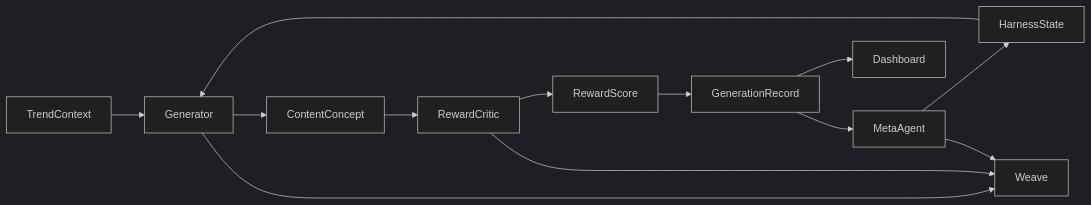
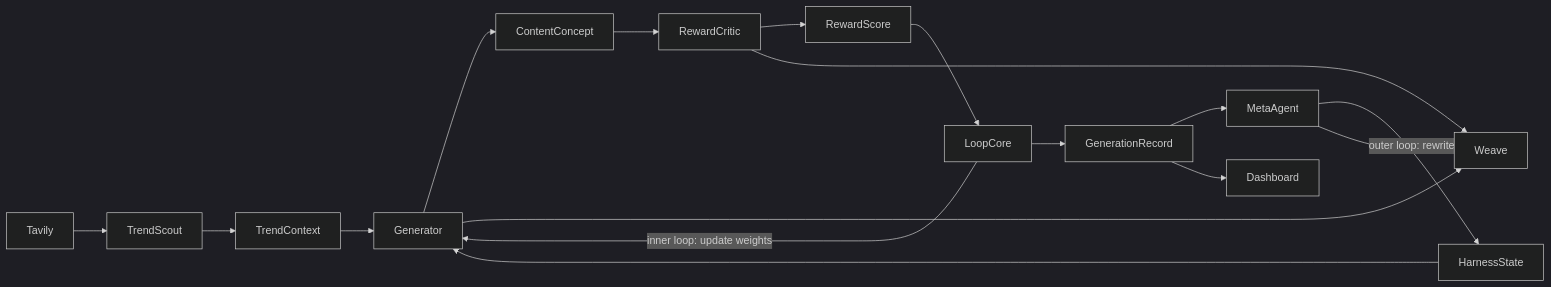
The diagram in docs/ARCHITECTURE.md (zoeyzheng123/harnesswiki-city), drawn with Mermaid (dark theme) before and after one commit. The commit also changed other lines of this file and 21 other files, not shown here.

````diff
--- a/docs/ARCHITECTURE.md
+++ b/docs/ARCHITECTURE.md
@@ -32,15 +33,19 @@
 ```mermaid
 flowchart LR
+  Tavily --> TrendScout
+  TrendScout --> TrendContext
   TrendContext --> Generator
   HarnessState --> Generator
   Generator --> ContentConcept
   ContentConcept --> RewardCritic
   RewardCritic --> RewardScore
-  RewardScore --> GenerationRecord
+  RewardScore --> LoopCore
+  LoopCore -->|inner loop: update weights| Generator
+  LoopCore --> GenerationRecord
   GenerationRecord --> MetaAgent
-  MetaAgent --> HarnessState
+  MetaAgent -->|outer loop: rewrite| HarnessState
   GenerationRecord --> Dashboard
   Generator --> Weave
   RewardCritic --> Weave
   MetaAgent --> Weave
 ```
````
